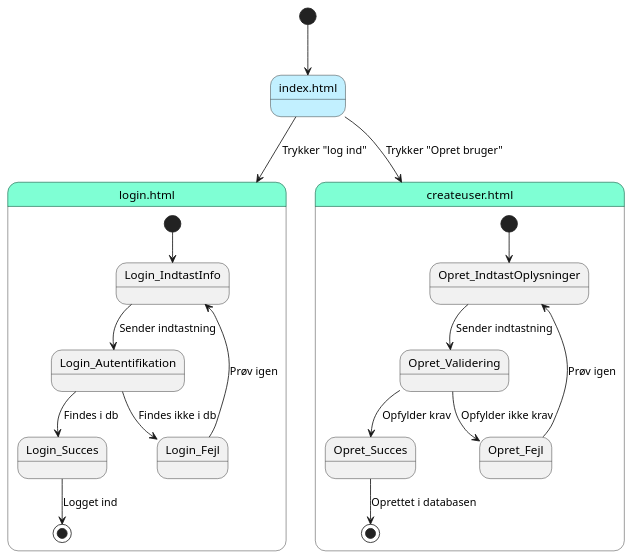
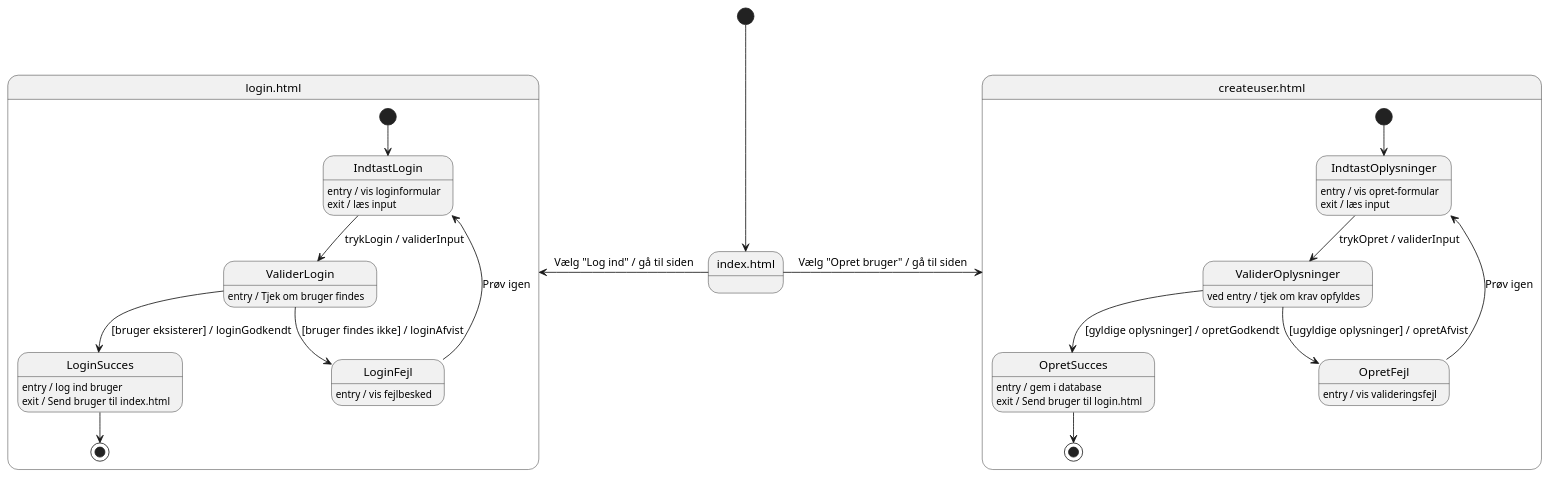
The diagram in docs/login_createuser_statediagram.puml (Mikkel-ao/Carport), drawn with PlantUML before and after one commit. The commit also changed 1 other file, not shown here.

Commit message:
Changed state diagram to follow given example material

```diff
--- a/docs/login_createuser_statediagram.puml
+++ b/docs/login_createuser_statediagram.puml
@@ -1,26 +1,50 @@
 @startuml
 [*] --> Index
 
-state "index.html" as Index #Application
-state "login.html" as Login #Aquamarine {
-  [*] --> Login_IndtastInfo
-  Login_IndtastInfo --> Login_Autentifikation : Sender indtastning
-  Login_Autentifikation --> Login_Succes : Findes i db
-  Login_Autentifikation --> Login_Fejl : Findes ikke i db
-  Login_Fejl --> Login_IndtastInfo : Prøv igen
-  Login_Succes --> [*] : Logget ind
+state "index.html" as Index
+
+Index -left->  LogInd : Vælg "Log ind" / gå til siden
+Index -right-> OpretBruger : Vælg "Opret bruger" / gå til siden
+
+state "login.html" as LogInd {
+  [*] --> IndtastLogin
+
+  IndtastLogin : entry / vis loginformular
+  IndtastLogin : exit / læs input
+
+  ValiderLogin : entry / Tjek om bruger findes
+
+  LoginFejl : entry / vis fejlbesked
+
+  LoginSucces : entry / log ind bruger
+  LoginSucces : exit / Send bruger til index.html
+
+  IndtastLogin --> ValiderLogin : trykLogin / validerInput
+  ValiderLogin --> LoginSucces : [bruger eksisterer] / loginGodkendt
+  ValiderLogin --> LoginFejl : [bruger findes ikke] / loginAfvist
+  LoginFejl --> IndtastLogin : Prøv igen
+  LoginSucces --> [*]
 }
 
-state "createuser.html" as Opret #Aquamarine {
-  [*] --> Opret_IndtastOplysninger
-  Opret_IndtastOplysninger --> Opret_Validering : Sender indtastning
-  Opret_Validering --> Opret_Succes : Opfylder krav
-  Opret_Validering --> Opret_Fejl : Opfylder ikke krav
-  Opret_Fejl --> Opret_IndtastOplysninger : Prøv igen
-  Opret_Succes --> [*] : Oprettet i databasen
+state "createuser.html" as OpretBruger  {
+  [*] --> IndtastOplysninger
+
+  IndtastOplysninger : entry / vis opret-formular
+  IndtastOplysninger : exit / læs input
+
+  ValiderOplysninger : ved entry / tjek om krav opfyldes
+
+  OpretFejl : entry / vis valideringsfejl
+
+  OpretSucces : entry / gem i database
+  OpretSucces : exit / Send bruger til login.html
+
+  IndtastOplysninger --> ValiderOplysninger : trykOpret / validerInput
+  ValiderOplysninger --> OpretSucces : [gyldige oplysninger] / opretGodkendt
+  ValiderOplysninger --> OpretFejl : [ugyldige oplysninger] / opretAfvist
+  OpretFejl --> IndtastOplysninger : Prøv igen
+  OpretSucces --> [*]
 }
 
-Index --> Login : Trykker "log ind"
-Index --> Opret : Trykker "Opret bruger"
 
 @enduml
```
